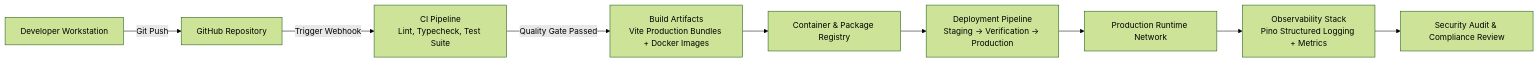
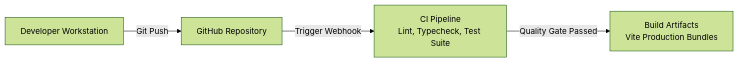
One commit to abhijeetnardele24-hash/medlink changed the fifth of 5 diagrams in README.md. Above: the diagram before and after it, drawn with Mermaid (forest theme). The commit also changed other lines of this file, not shown here.

Commit message:
docs: rewrite README to remove scope creep and explain offline postgres architecture

````diff
--- a/README.md
+++ b/README.md
@@ -269,11 +182,6 @@
 ```mermaid
 flowchart LR
     DEV[Developer Workstation] -->|Git Push| GH[GitHub Repository]
     GH -->|Trigger Webhook| CI[CI Pipeline<br/>Lint, Typecheck, Test Suite]
-    CI -->|Quality Gate Passed| BUILD[Build Artifacts<br/>Vite Production Bundles + Docker Images]
-    BUILD --> REG[Container & Package Registry]
-    REG --> CD[Deployment Pipeline<br/>Staging → Verification → Production]
-    CD --> RUNTIME[Production Runtime Network]
-    RUNTIME --> OBS[Observability Stack<br/>Pino Structured Logging + Metrics]
-    OBS --> AUDIT[Security Audit & Compliance Review]
+    CI -->|Quality Gate Passed| BUILD[Build Artifacts<br/>Vite Production Bundles]
 ```
````
